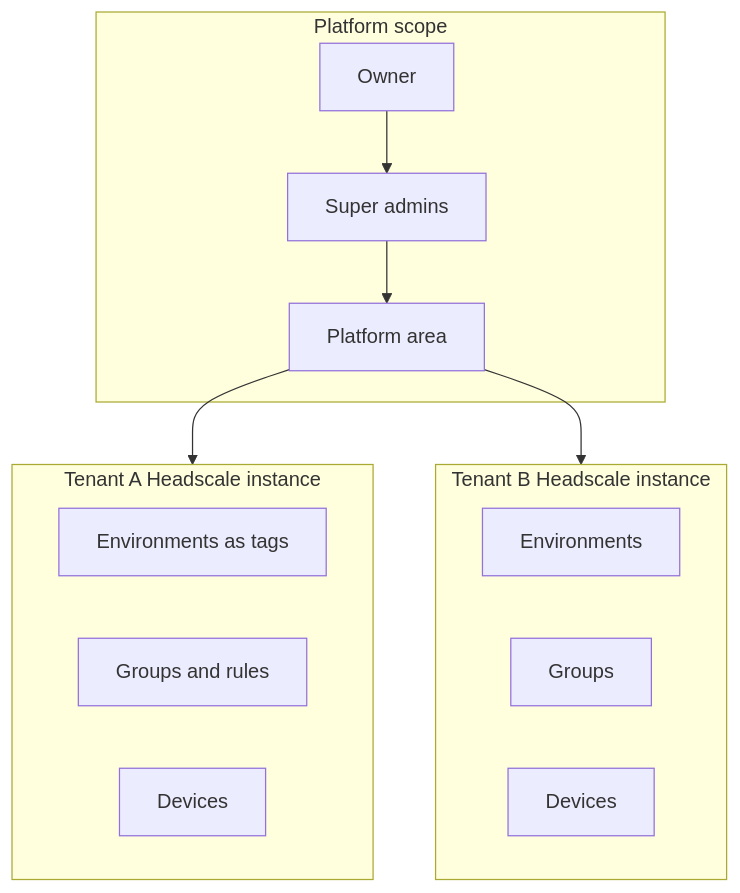
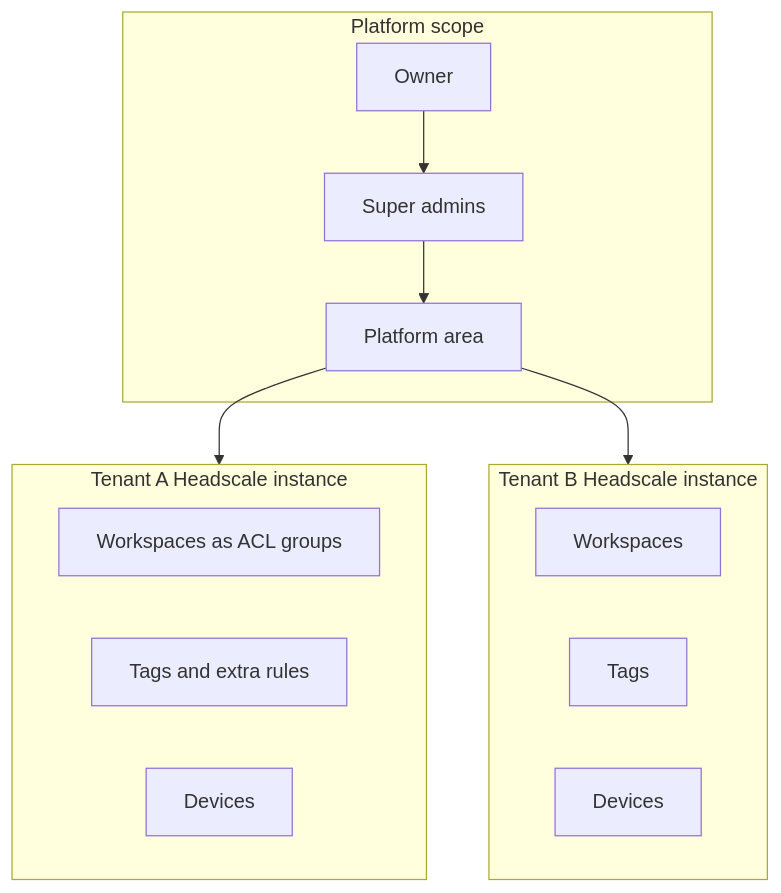
Before and after one commit to robosushie/otterscale: the second of 2 diagrams in docs/architecture.md, drawn with Mermaid. The commit also changed other lines of this file and 126 other files, not shown here.

````diff
--- a/docs/architecture.md
+++ b/docs/architecture.md
@@ -169,25 +169,25 @@
 ```mermaid
 flowchart TB
   subgraph platform_scope [Platform scope]
     O[Owner]
     SA[Super admins]
     PA[Platform area]
   end
 
   subgraph tenant_a [Tenant A Headscale instance]
-    EA[Environments as tags]
-    GA[Groups and rules]
+    EA[Workspaces as ACL groups]
+    GA[Tags and extra rules]
     DA[Devices]
   end
 
   subgraph tenant_b [Tenant B Headscale instance]
-    EB[Environments]
-    GB[Groups]
+    EB[Workspaces]
+    GB[Tags]
     DB[Devices]
   end
 
   O --> SA
   SA --> PA
   PA --> tenant_a
   PA --> tenant_b
 ```
````
